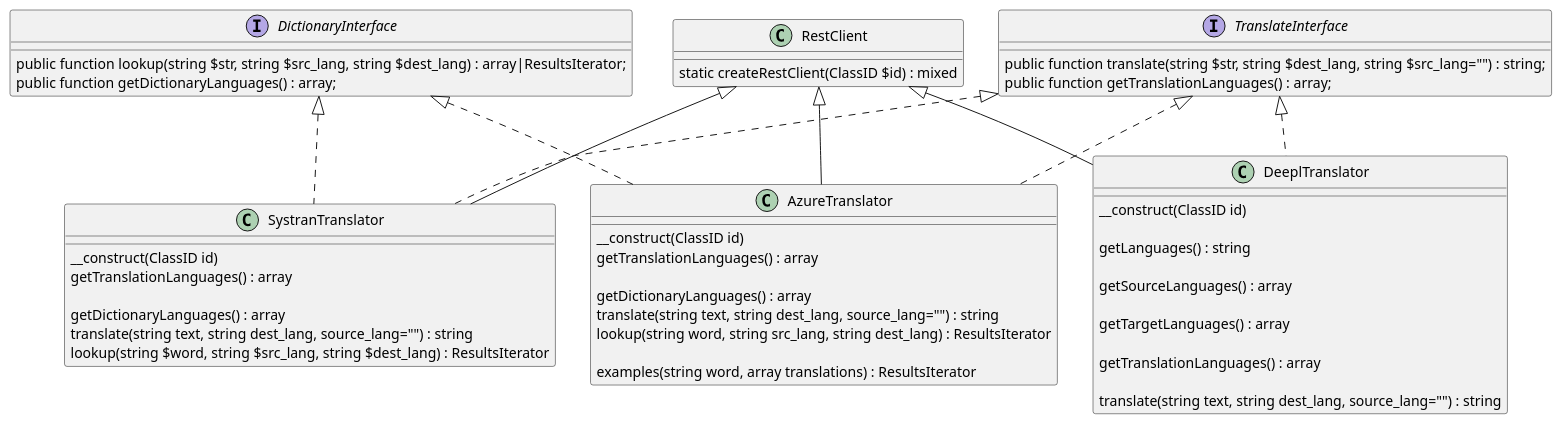
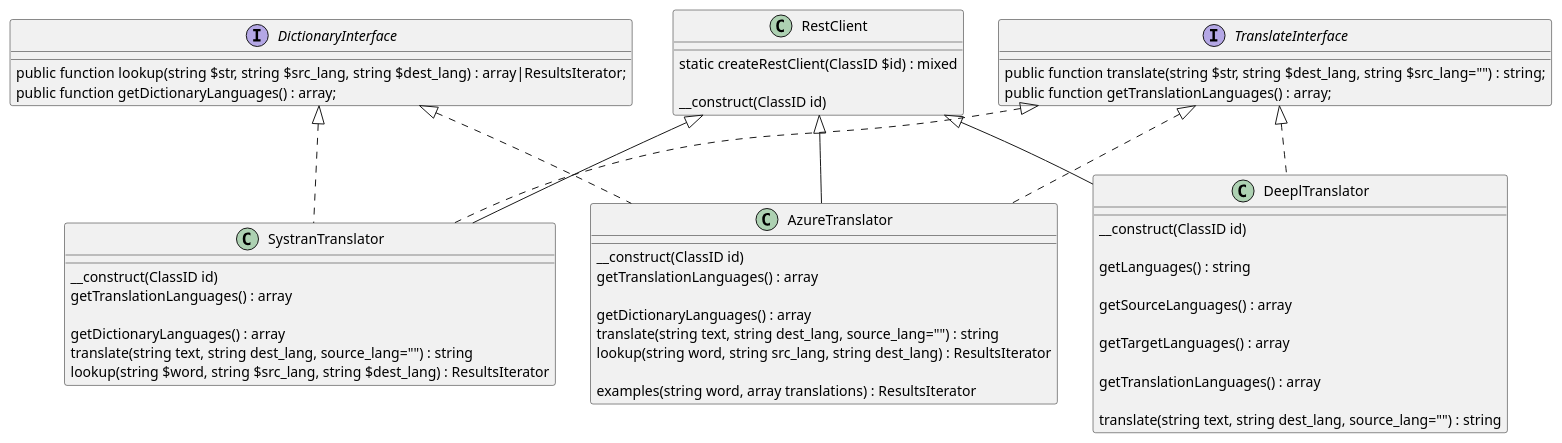
The diagram in plantuml/dict-trans-classes.puml (kurt-krueckeberg/php-translation-and-dictionary-rest-api-classes), drawn with PlantUML before and after one commit.

```diff
--- a/plantuml/dict-trans-classes.puml
+++ b/plantuml/dict-trans-classes.puml
@@ -1,60 +1,62 @@
 interface TranslateInterface {
 
    public function translate(string $str, string $dest_lang, string $src_lang="") : string;
    public function getTranslationLanguages() : array;
 }
 
 interface DictionaryInterface {
    
    public function lookup(string $str, string $src_lang, string $dest_lang) : array|ResultsIterator; 
    public function getDictionaryLanguages() : array; 
 }
 
 
 class RestClient {
 
    static createRestClient(ClassID $id) : mixed
+
+   __construct(ClassID id)
 }
 
 class AzureTranslator extends RestClient implements DictionaryInterface, TranslateInterface {
 
    __construct(ClassID id)
    
    getTranslationLanguages() : array
 
    getDictionaryLanguages() : array 
     
    translate(string text, string dest_lang, source_lang="") : string 
    
    lookup(string word, string src_lang, string dest_lang) : ResultsIterator
 
    examples(string word, array translations) : ResultsIterator
 }
 
 class DeeplTranslator extends RestClient implements TranslateInterface {
    
    __construct(ClassID id)
    
    getLanguages() : string
 
    getSourceLanguages() : array
 
    getTargetLanguages() : array
    
    getTranslationLanguages() : array
 
    translate(string text, string dest_lang, source_lang="") : string 
 }
 
 class SystranTranslator extends RestClient implements DictionaryInterface, TranslateInterface {
 
    __construct(ClassID id)
    
    getTranslationLanguages() : array
 
    getDictionaryLanguages() : array 
     
    translate(string text, string dest_lang, source_lang="") : string 
    
    lookup(string $word, string $src_lang, string $dest_lang) : ResultsIterator
 }
```
